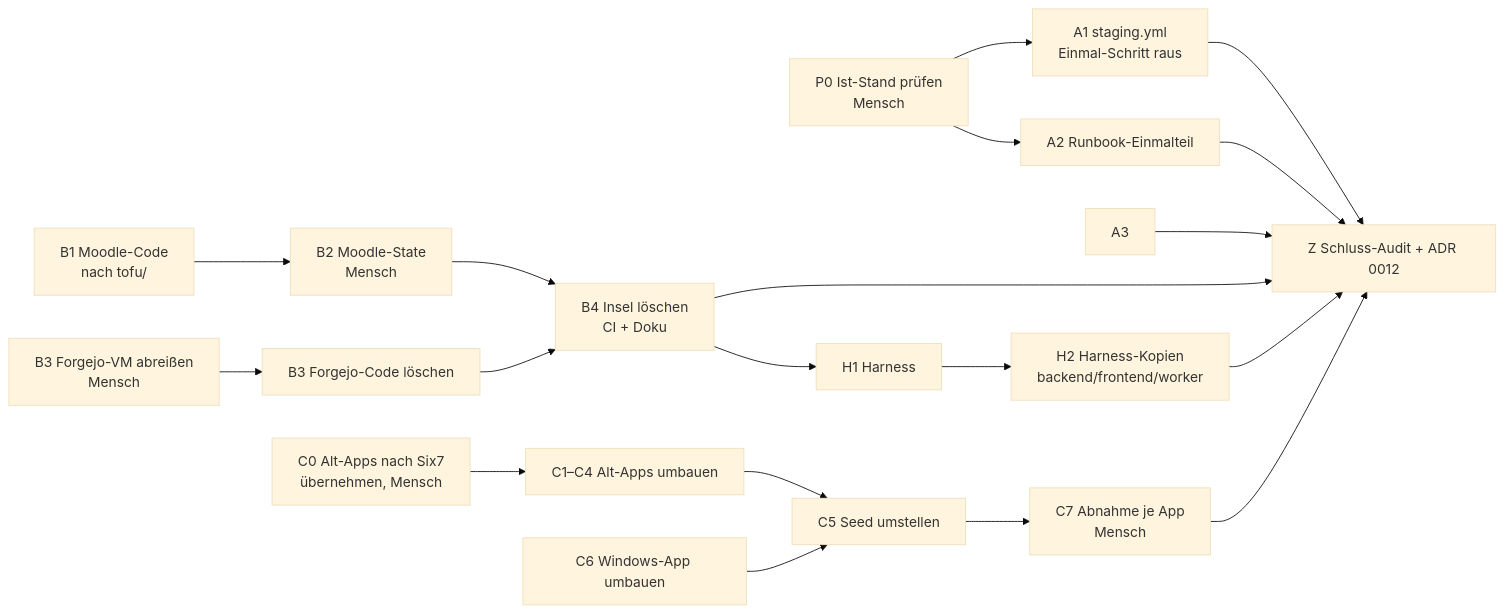
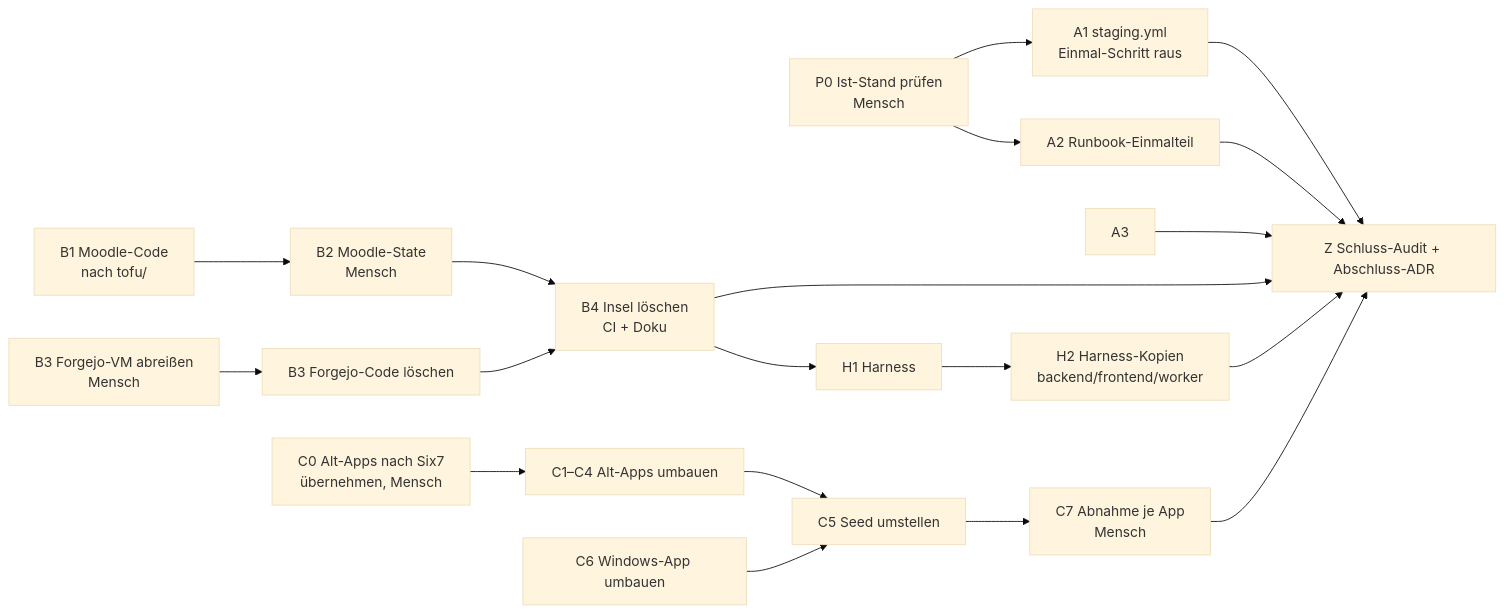
Before and after one commit to Six7-app-store/deployment: the diagram in docs/plan-opentofu-abschluss.md, drawn with Mermaid (base theme). The commit also changed other lines of this file, not shown here.

````diff
--- a/docs/plan-opentofu-abschluss.md
+++ b/docs/plan-opentofu-abschluss.md
@@ -133,16 +137,16 @@
 ```mermaid
 graph LR
   P0[P0 Ist-Stand prüfen<br/>Mensch] --> A1[A1 staging.yml<br/>Einmal-Schritt raus]
   P0 --> A2[A2 Runbook-Einmalteil]
   B1[B1 Moodle-Code<br/>nach tofu/] --> B2[B2 Moodle-State<br/>Mensch]
   B3a[B3 Forgejo-VM abreißen<br/>Mensch] --> B3b[B3 Forgejo-Code löschen]
   B2 --> B4[B4 Insel löschen<br/>CI + Doku]
   B3b --> B4
   B4 --> H1[H1 Harness]
   H1 --> H2[H2 Harness-Kopien<br/>backend/frontend/worker]
   C0[C0 Alt-Apps nach Six7<br/>übernehmen, Mensch] --> C1[C1–C4 Alt-Apps umbauen]
   C1 --> C5[C5 Seed umstellen]
   C6[C6 Windows-App umbauen] --> C5
   C5 --> C7[C7 Abnahme je App<br/>Mensch]
-  A1 & A2 & A3 & B4 & H2 & C7 --> Z[Z Schluss-Audit + ADR 0012]
+  A1 & A2 & A3 & B4 & H2 & C7 --> Z[Z Schluss-Audit + Abschluss-ADR]
 ```
````
